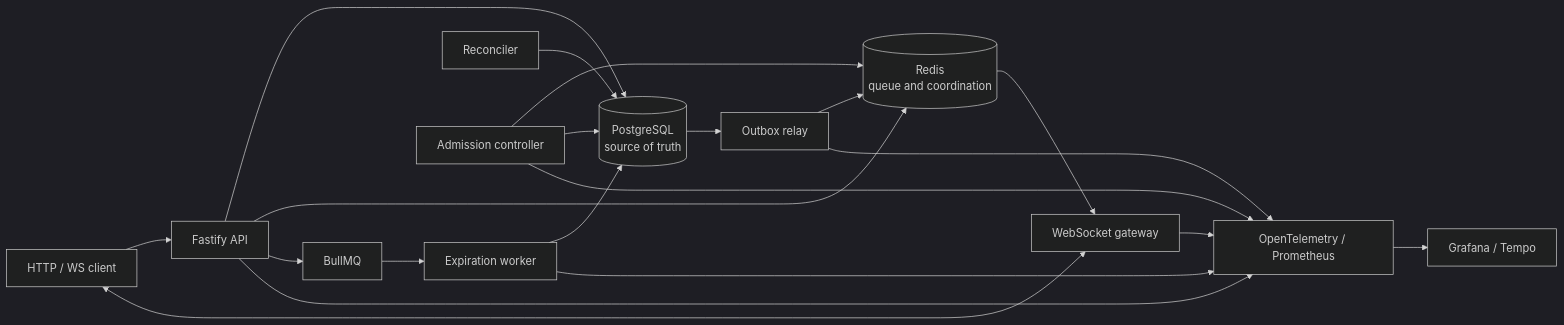
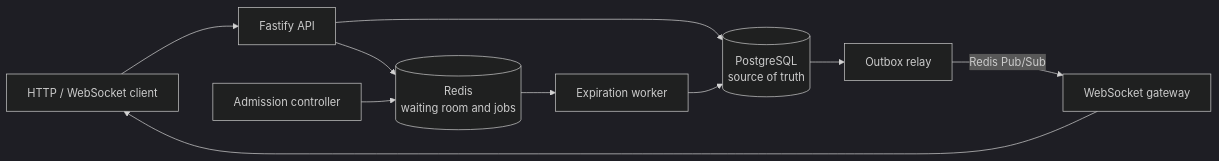
The diagram in README.md (lbraun7/live-seat-reservation), drawn with Mermaid (dark theme) before and after one commit. The commit also changed other lines of this file, not shown here.

Commit message:
docs: simplify architecture overview

````diff
--- a/README.md
+++ b/README.md
@@ -75,18 +77,12 @@
 ```mermaid
 flowchart LR
-  Client["HTTP / WS client"] --> API["Fastify API"]
-  Client <--> WS["WebSocket gateway"]
+  Client["HTTP / WebSocket client"] --> API["Fastify API"]
   API --> PG[("PostgreSQL\nsource of truth")]
-  API --> Redis[("Redis\nqueue and coordination")]
-  API --> Queue["BullMQ"]
-  Queue --> Worker["Expiration worker"]
+  API --> Redis[("Redis\nwaiting room and jobs")]
+  Admission["Admission controller"] --> Redis
+  Redis --> Worker["Expiration worker"]
   Worker --> PG
-  Reconciler["Reconciler"] --> PG
-  Admission["Admission controller"] --> Redis
-  Admission --> PG
-  PG --> Outbox["Outbox relay"]
-  Outbox --> Redis
-  Redis --> WS
-  API & Worker & Admission & Outbox & WS --> Obs["OpenTelemetry / Prometheus"]
-  Obs --> Grafana["Grafana / Tempo"]
+  PG --> Relay["Outbox relay"]
+  Relay -->|Redis Pub/Sub| Gateway["WebSocket gateway"]
+  Gateway --> Client
 ```
````
